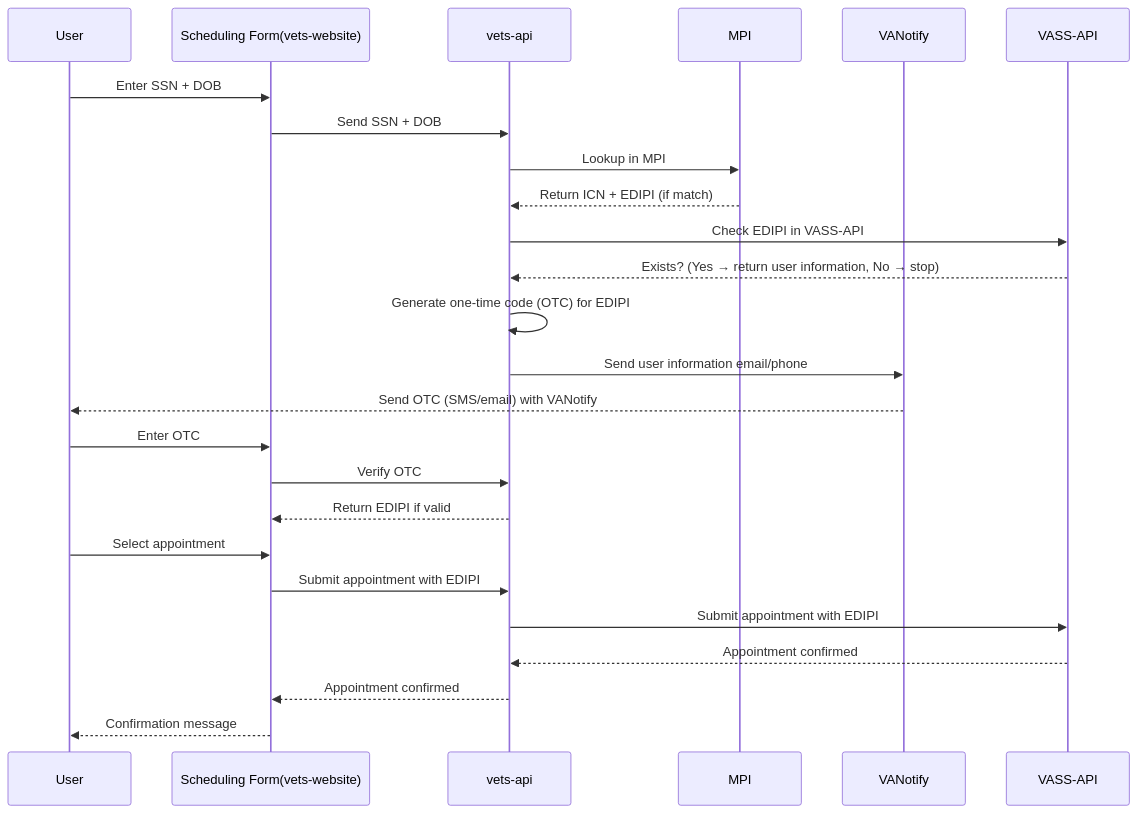
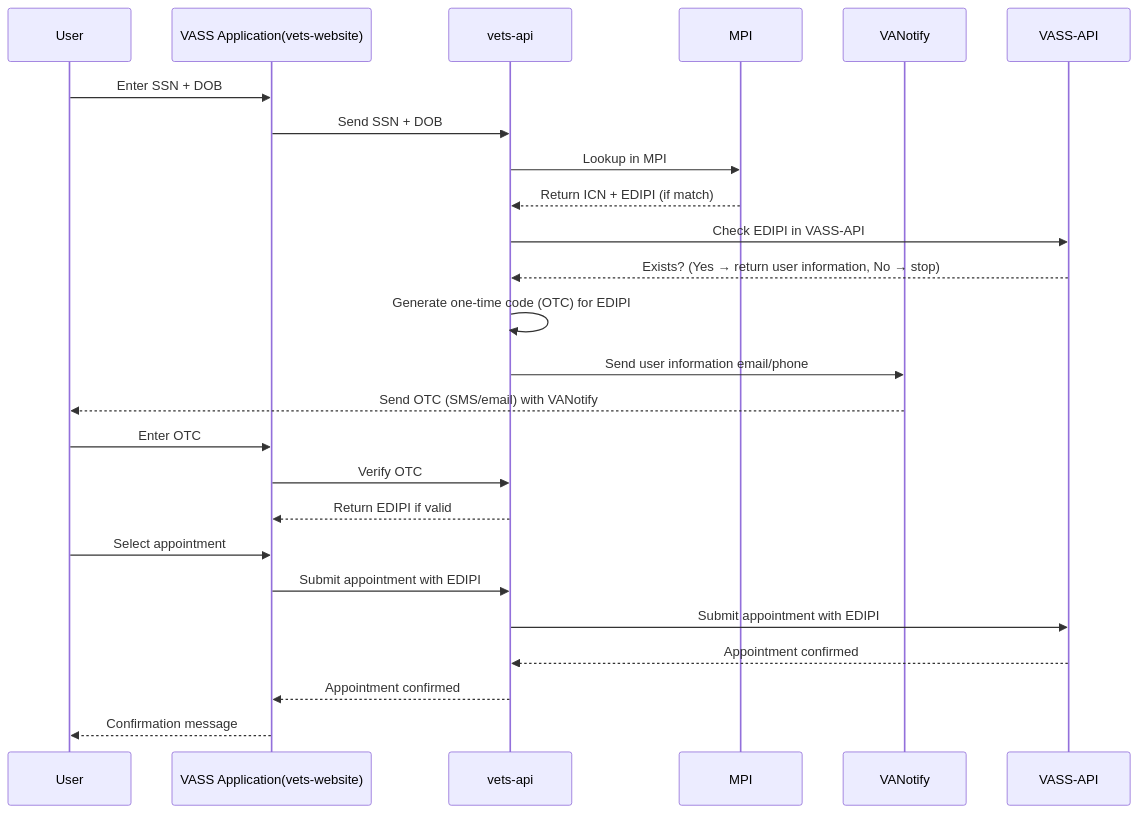
Before and after one commit to department-of-veterans-affairs/va.gov-team: the second of 2 diagrams in products/health-care/appointments/va-online-scheduling/initiatives/solid-start-scheduling/engineering/LoROTA/diagrams.md, drawn with Mermaid.

````diff
--- a/products/health-care/appointments/va-online-scheduling/initiatives/solid-start-scheduling/engineering/LoROTA/diagrams.md
+++ b/products/health-care/appointments/va-online-scheduling/initiatives/solid-start-scheduling/engineering/LoROTA/diagrams.md
@@ -57,34 +57,34 @@
 ``` mermaid
 sequenceDiagram
     participant U as User
-    participant F as Scheduling Form(vets-website)
+    participant F as VASS Application(vets-website)
     participant V as vets-api
     
     participant M as MPI
     participant N as VANotify
     participant D as VASS-API
     
 
     U->>F: Enter SSN + DOB
     F->>V: Send SSN + DOB
     V->>M: Lookup in MPI
     M-->>V: Return ICN + EDIPI (if match)
     V->>D: Check EDIPI in VASS-API
 
     D-->>V: Exists? (Yes → return user information, No → stop)
 
     V->>V: Generate one-time code (OTC) for EDIPI
     V->>N: Send user information email/phone
     N-->>U: Send OTC (SMS/email) with VANotify
 
     U->>F: Enter OTC
     F->>V: Verify OTC
     V-->>F: Return EDIPI if valid
 
     U->>F: Select appointment
     F->>V: Submit appointment with EDIPI
     V->>D: Submit appointment with EDIPI
     D-->>V: Appointment confirmed
     V-->>F: Appointment confirmed
     F-->>U: Confirmation message
 ```
````
